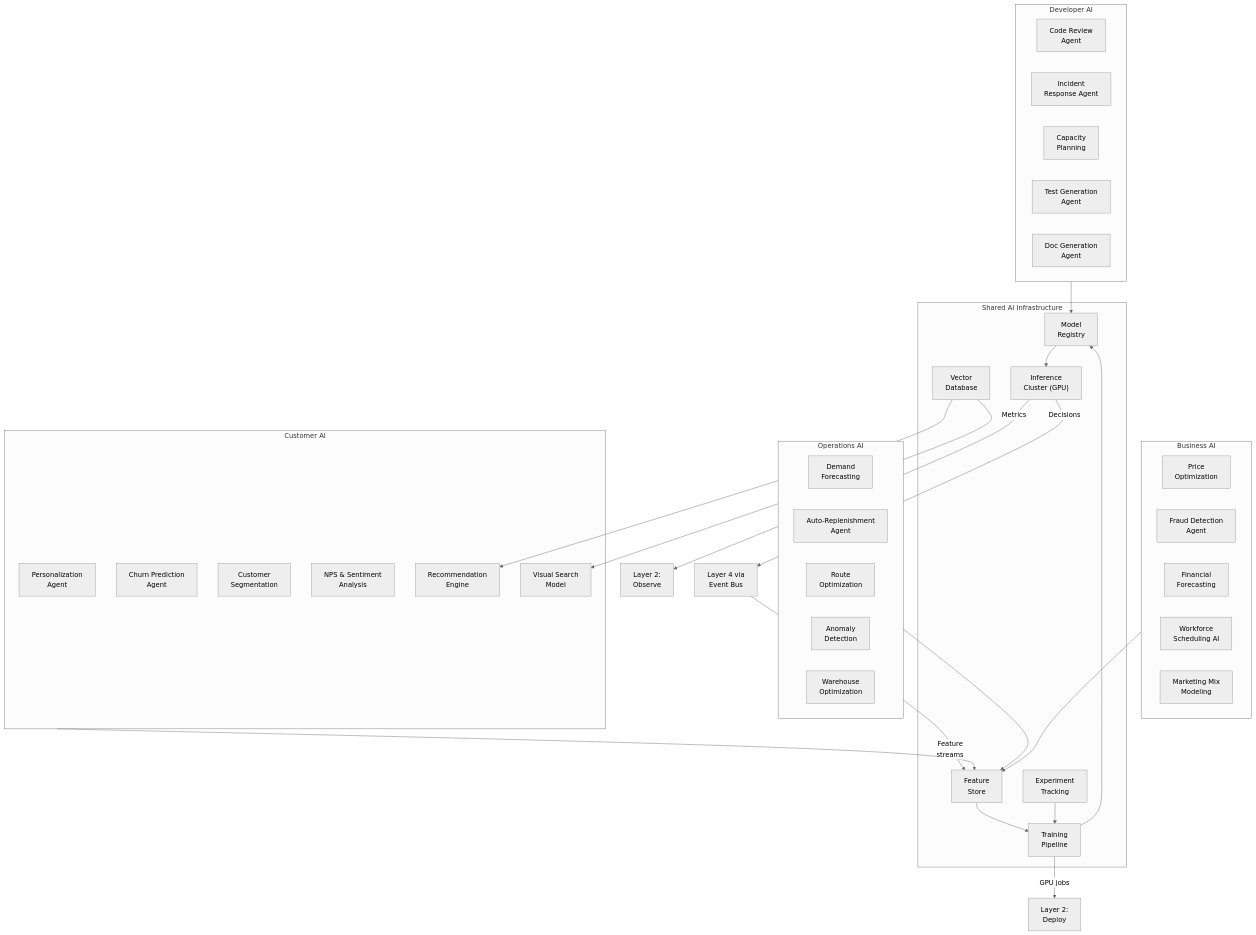
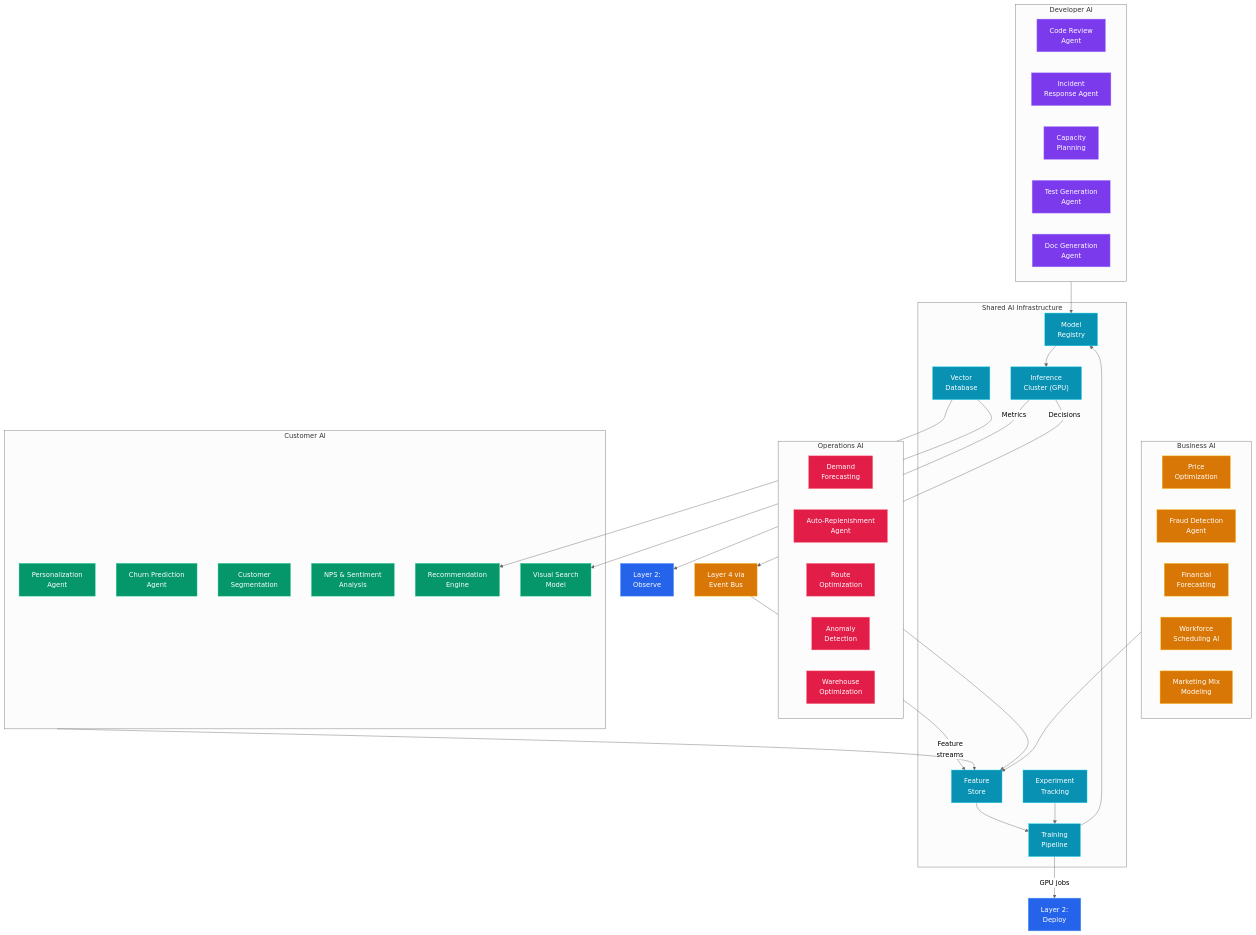
Before and after one commit to bcraavi/godseye: the fourth of 8 diagrams in docs/architecture/five-layers.md, drawn with Mermaid (neutral theme). The commit also changed other lines of this file and 1 other file, not shown here.

First line of the commit message:
Color-code architecture diagrams by layer

````diff
--- a/docs/architecture/five-layers.md
+++ b/docs/architecture/five-layers.md
@@ -188,62 +226,77 @@
 ```mermaid
 flowchart TB
     subgraph CustomerAI["Customer AI"]
         Personalization["Personalization\nAgent"]
         ChurnPredict["Churn Prediction\nAgent"]
         Segmentation["Customer\nSegmentation"]
         NPS["NPS & Sentiment\nAnalysis"]
         RecEngine["Recommendation\nEngine"]
         VisSearch["Visual Search\nModel"]
     end
 
     subgraph OpsAI["Operations AI"]
         DemandForecast["Demand\nForecasting"]
         AutoReplenish["Auto-Replenishment\nAgent"]
         RouteOpt["Route\nOptimization"]
         AnomalyDetect["Anomaly\nDetection"]
         WarehouseOpt["Warehouse\nOptimization"]
     end
 
     subgraph BizAI["Business AI"]
         PriceOpt["Price\nOptimization"]
         FraudDetect["Fraud Detection\nAgent"]
         FinForecast["Financial\nForecasting"]
         WorkforceAI["Workforce\nScheduling AI"]
         MarketMix["Marketing Mix\nModeling"]
     end
 
     subgraph DevAI["Developer AI"]
         CodeReview["Code Review\nAgent"]
         IncidentAI["Incident\nResponse Agent"]
         CapacityPlan["Capacity\nPlanning"]
         TestGen["Test Generation\nAgent"]
         DocGen["Doc Generation\nAgent"]
     end
 
     subgraph Shared["Shared AI Infrastructure"]
         FeatureStore["Feature\nStore"]
         ModelRegistry["Model\nRegistry"]
         TrainingPipeline["Training\nPipeline"]
         InferenceCluster["Inference\nCluster (GPU)"]
         ExperimentTrack["Experiment\nTracking"]
         VectorDB["Vector\nDatabase"]
     end
 
     CustomerAI --> FeatureStore
     OpsAI --> FeatureStore
     BizAI --> FeatureStore
     DevAI --> ModelRegistry
 
     FeatureStore --> TrainingPipeline
     TrainingPipeline --> ModelRegistry
     ModelRegistry --> InferenceCluster
     VectorDB --> RecEngine
     VectorDB --> VisSearch
     ExperimentTrack --> TrainingPipeline
 
     InferenceCluster -- "Decisions" --> L4_Bus["Layer 4 via\nEvent Bus"]
     L4_Bus -- "Feature\nstreams" --> FeatureStore
 
     TrainingPipeline -- "GPU jobs" --> L2_Deploy["Layer 2:\nDeploy"]
     InferenceCluster -- "Metrics" --> L2_Observe["Layer 2:\nObserve"]
+
+    classDef green fill:#059669,stroke:#34d399,color:#fff
+    classDef rose fill:#e11d48,stroke:#fb7185,color:#fff
+    classDef amber fill:#d97706,stroke:#fbbf24,color:#fff
+    classDef purple fill:#7c3aed,stroke:#a78bfa,color:#fff
+    classDef cyan fill:#0891b2,stroke:#22d3ee,color:#fff
+    classDef blue fill:#2563eb,stroke:#60a5fa,color:#fff
+
+    class Personalization,ChurnPredict,Segmentation,NPS,RecEngine,VisSearch green
+    class DemandForecast,AutoReplenish,RouteOpt,AnomalyDetect,WarehouseOpt rose
+    class PriceOpt,FraudDetect,FinForecast,WorkforceAI,MarketMix amber
+    class CodeReview,IncidentAI,CapacityPlan,TestGen,DocGen purple
+    class FeatureStore,ModelRegistry,TrainingPipeline,InferenceCluster,ExperimentTrack,VectorDB cyan
+    class L4_Bus amber
+    class L2_Deploy,L2_Observe blue
 ```
````
